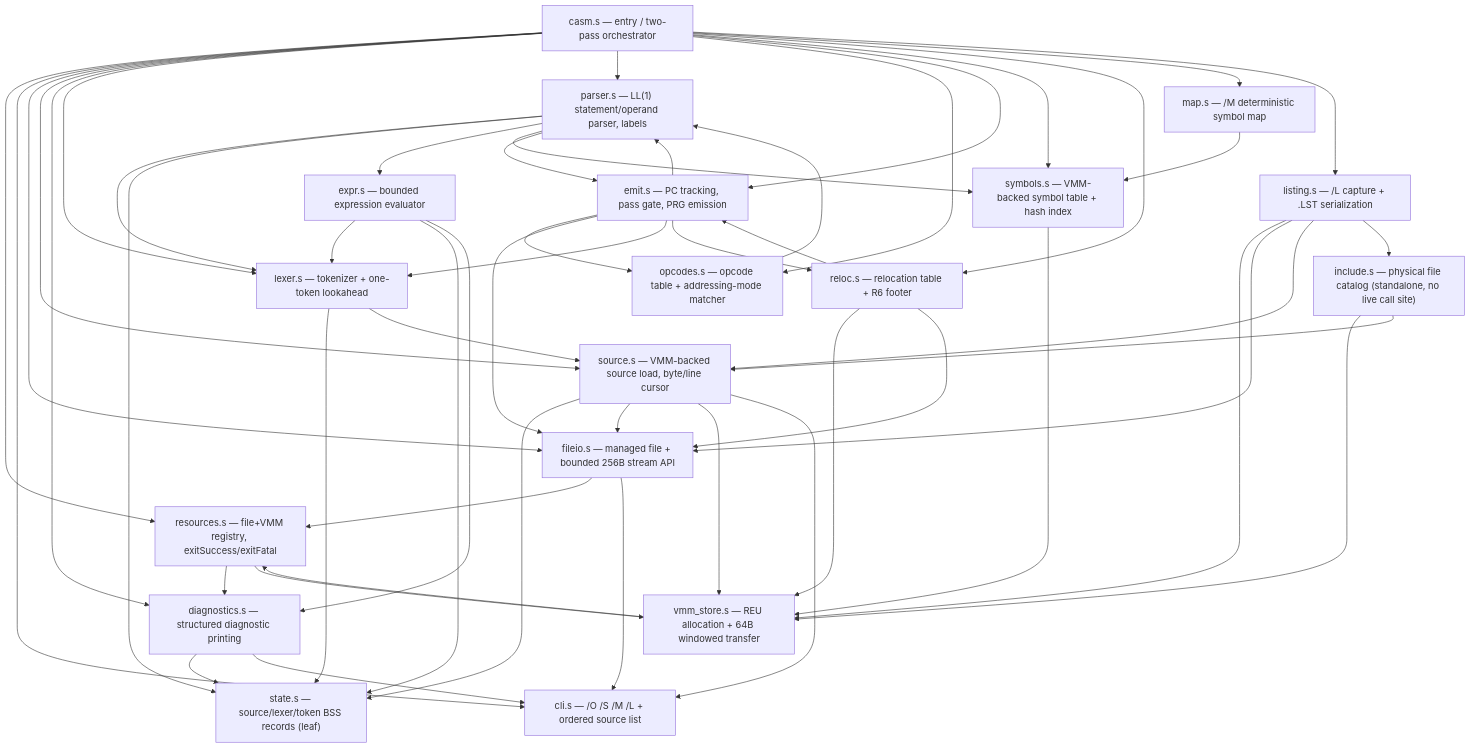
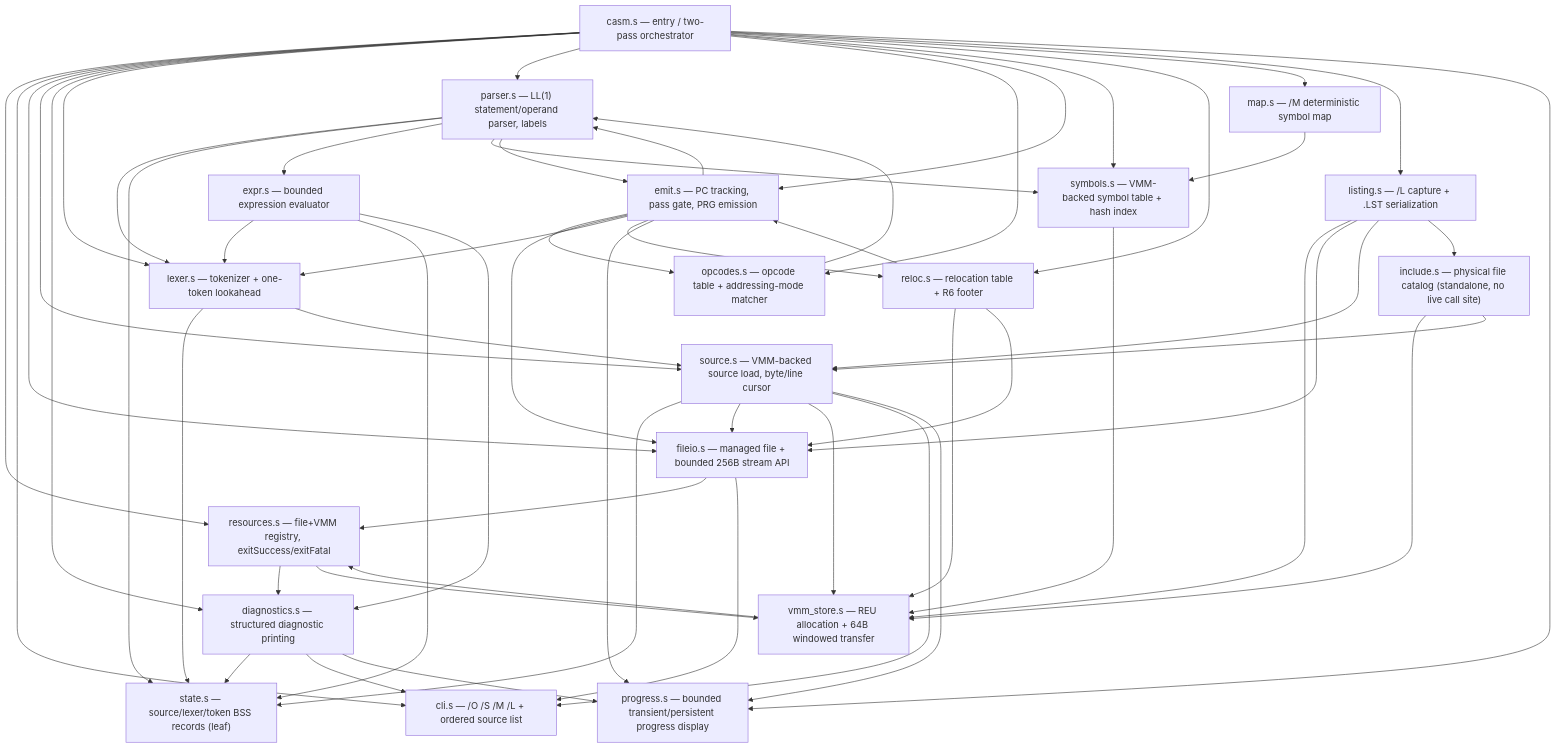
One commit to corra/command64-os changed the first of 2 diagrams in release/docs/casm-programmers-reference.md. Above: the diagram before and after it, drawn with Mermaid. The commit also changed other lines of this file and 13 other files, not shown here.

First line of the commit message:
docs(casm): detail progress indication displays

````diff
--- a/release/docs/casm-programmers-reference.md
+++ b/release/docs/casm-programmers-reference.md
@@ -59,38 +59,42 @@
 ```mermaid
 flowchart TD
     casm["casm.s — entry / two-pass orchestrator"]
     resources["resources.s — file+VMM registry, exitSuccess/exitFatal"]
     cli["cli.s — /O /S /M /L + ordered source list"]
     fileio["fileio.s — managed file + bounded 256B stream API"]
     vmm["vmm_store.s — REU allocation + 64B windowed transfer"]
     source["source.s — VMM-backed source load, byte/line cursor"]
     lexer["lexer.s — tokenizer + one-token lookahead"]
     parser["parser.s — LL(1) statement/operand parser, labels"]
     expr["expr.s — bounded expression evaluator"]
     symbols["symbols.s — VMM-backed symbol table + hash index"]
     opcodes["opcodes.s — opcode table + addressing-mode matcher"]
     reloc["reloc.s — relocation table + R6 footer"]
     include["include.s — physical file catalog (standalone, no live call site)"]
     diagnostics["diagnostics.s — structured diagnostic printing"]
     emit["emit.s — PC tracking, pass gate, PRG emission"]
     state["state.s — source/lexer/token BSS records (leaf)"]
     map["map.s — /M deterministic symbol map"]
     listing["listing.s — /L capture + .LST serialization"]
+    progress["progress.s — bounded transient/persistent progress display"]
 
-    casm --> resources & cli & fileio & source & diagnostics & lexer & parser & opcodes & emit & symbols & reloc & map & listing
+    casm --> resources & cli & fileio & source & diagnostics & lexer & parser & opcodes & emit & symbols & reloc & map & listing & progress
     include --> vmm & source
     emit --> parser & opcodes & fileio & lexer & reloc
     map --> symbols
     listing --> vmm & fileio & source & include
     parser --> lexer & state & expr & symbols & emit
     expr --> lexer & state & diagnostics
     symbols --> vmm
     reloc --> vmm & fileio & emit
     source --> state & fileio & vmm & cli
     fileio --> resources & cli
     lexer --> state & source
     opcodes --> parser
     vmm --> resources
     resources --> diagnostics & vmm
     diagnostics --> state & cli
+    diagnostics --> progress
+    source --> progress
+    emit --> progress
 ```
````
